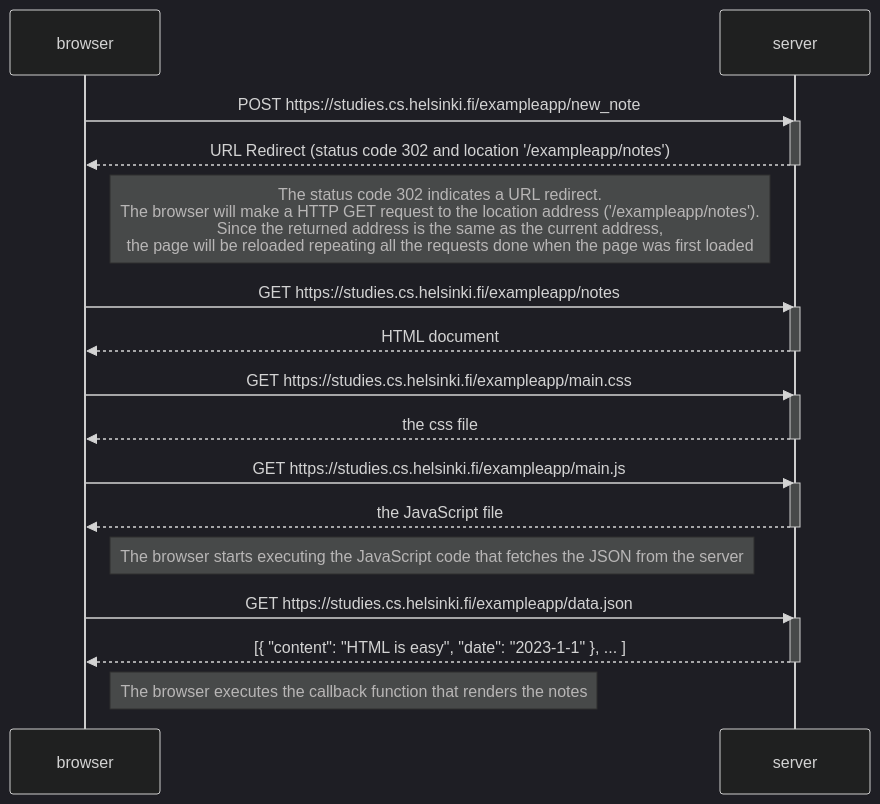
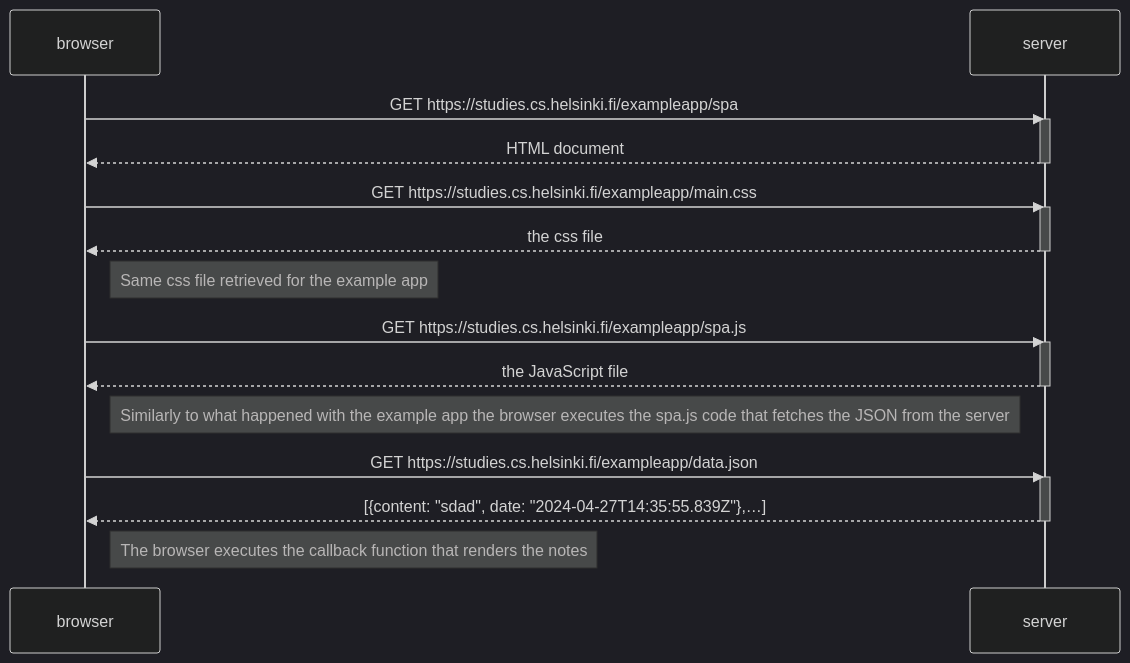
The second of 3 diagrams in README.md (robertompfm/fullstackopen-part-0), drawn with Mermaid (dark theme) before and after one commit. The commit also changed other lines of this file, not shown here.

Commit message:
Exercises 0.5 and 0.6

````diff
--- a/README.md
+++ b/README.md
@@ -33,36 +41,31 @@
 ```mermaid
 sequenceDiagram
     participant browser
     participant server
 
-    browser->>server: POST https://studies.cs.helsinki.fi/exampleapp/new_note
-    activate server
-    server-->>browser: URL Redirect (status code 302 and location '/exampleapp/notes')
-    deactivate server
-
-    Note right of browser: The status code 302 indicates a URL redirect.<br>The browser will make a HTTP GET request to the location address ('/exampleapp/notes'). <br>Since the returned address is the same as the current address, <br>the page will be reloaded repeating all the requests done when the page was first loaded
-
-    browser->>server: GET https://studies.cs.helsinki.fi/exampleapp/notes
+    browser->>server: GET https://studies.cs.helsinki.fi/exampleapp/spa
     activate server
     server-->>browser: HTML document
     deactivate server
     
     browser->>server: GET https://studies.cs.helsinki.fi/exampleapp/main.css
     activate server
     server-->>browser: the css file
     deactivate server
-    
-    browser->>server: GET https://studies.cs.helsinki.fi/exampleapp/main.js
+
+    Note right of browser: Same css file retrieved for the example app
+
+    browser->>server: GET https://studies.cs.helsinki.fi/exampleapp/spa.js
     activate server
     server-->>browser: the JavaScript file
     deactivate server
     
-    Note right of browser: The browser starts executing the JavaScript code that fetches the JSON from the server
+    Note right of browser: Similarly to what happened with the example app the browser executes the spa.js code that fetches the JSON from the server
     
     browser->>server: GET https://studies.cs.helsinki.fi/exampleapp/data.json
     activate server
-    server-->>browser: [{ "content": "HTML is easy", "date": "2023-1-1" }, ... ]
+    server-->>browser: [{content: "sdad", date: "2024-04-27T14:35:55.839Z"},…]
     deactivate server
     
     Note right of browser: The browser executes the callback function that renders the notes
 ```
````
